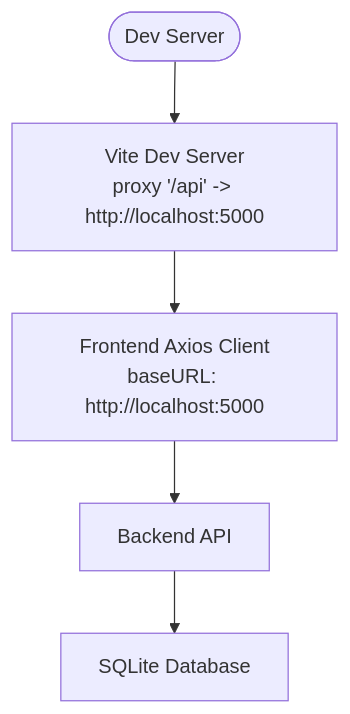
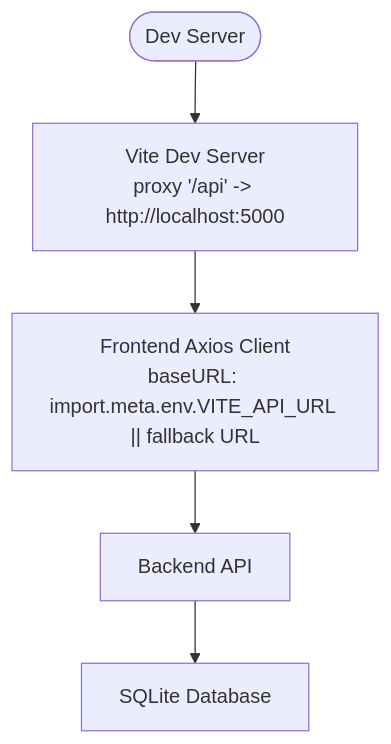
One commit to kasliwalsarthak7972/smart-healthcare-dashboard changed the fourth of 8 diagrams in .qoder/repowiki/en/content/Deployment & Production.md. Above: the diagram before and after it, drawn with Mermaid. The commit also changed other lines of this file and 9 other files, not shown here.

````diff
--- a/.qoder/repowiki/en/content/Deployment & Production.md
+++ b/.qoder/repowiki/en/content/Deployment & Production.md
@@ -179,7 +193,7 @@
 ```mermaid
 flowchart TD
 Start(["Dev Server"]) --> Proxy["Vite Dev Server<br/>proxy '/api' -> http://localhost:5000"]
-Proxy --> Axios["Frontend Axios Client<br/>baseURL: http://localhost:5000"]
+Proxy --> Axios["Frontend Axios Client<br/>baseURL: import.meta.env.VITE_API_URL || fallback URL"]
 Axios --> Backend["Backend API"]
 Backend --> DB["SQLite Database"]
 ```
````
